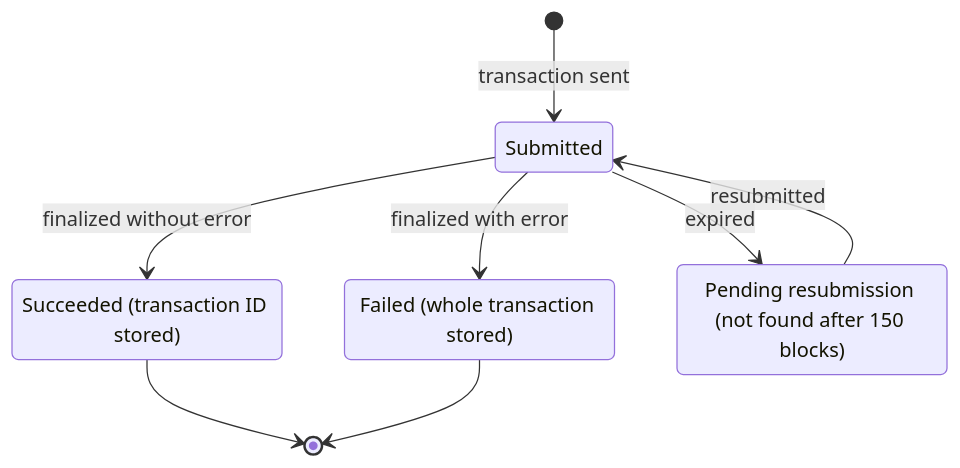
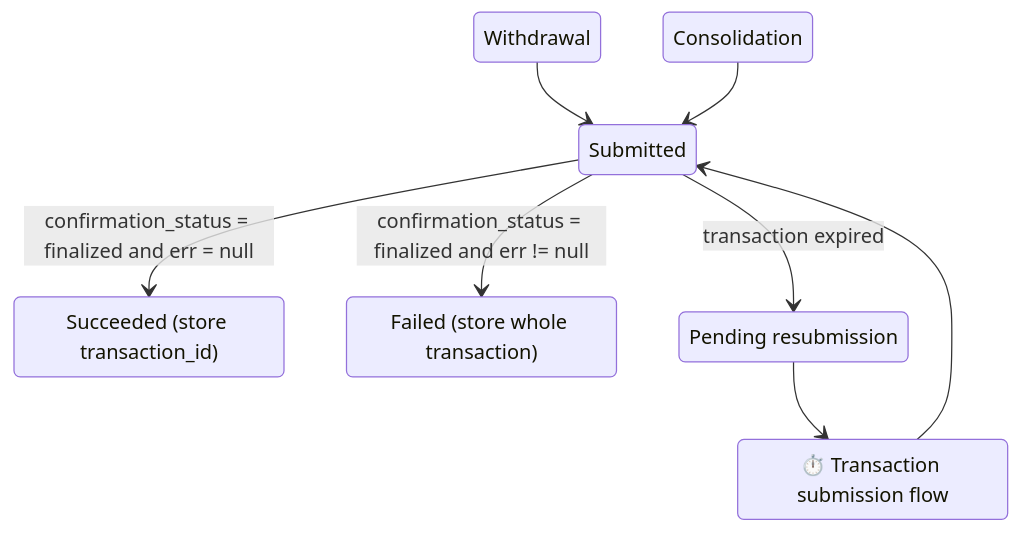
The seventh of 7 diagrams in docs/design.md (dfinity/cksol), drawn with Mermaid before and after one commit.

Commit message:
docs: match the transaction state diagram to the original figure
Claude-Session: https://claude.ai/code/session_01VpFpbJ5sgNutGGJUQ5dmkr

````diff
--- a/docs/design.md
+++ b/docs/design.md
@@ -429,13 +429,15 @@
 ```mermaid
 stateDiagram-v2
-    [*] --> Submitted: transaction sent
-    Submitted --> Succeeded: finalized without error
-    Submitted --> Failed: finalized with error
-    Submitted --> PendingResubmission: expired
-    PendingResubmission --> Submitted: resubmitted
-    Succeeded: Succeeded (transaction ID stored)
-    Failed: Failed (whole transaction stored)
-    PendingResubmission: Pending resubmission (not found after 150 blocks)
-    Succeeded --> [*]
-    Failed --> [*]
+    Withdrawal --> Submitted
+    Consolidation --> Submitted
+    Submission --> Submitted
+    Submitted --> Succeeded: confirmation_status = finalized and err = null
+    Submitted --> Failed: confirmation_status = finalized and err != null
+    Submitted --> PendingResubmission: transaction expired
+    PendingResubmission --> Submission
+
+    Submission: ⏱️ Transaction submission flow
+    Succeeded: Succeeded (store transaction_id)
+    Failed: Failed (store whole transaction)
+    PendingResubmission: Pending resubmission
 ```
````
